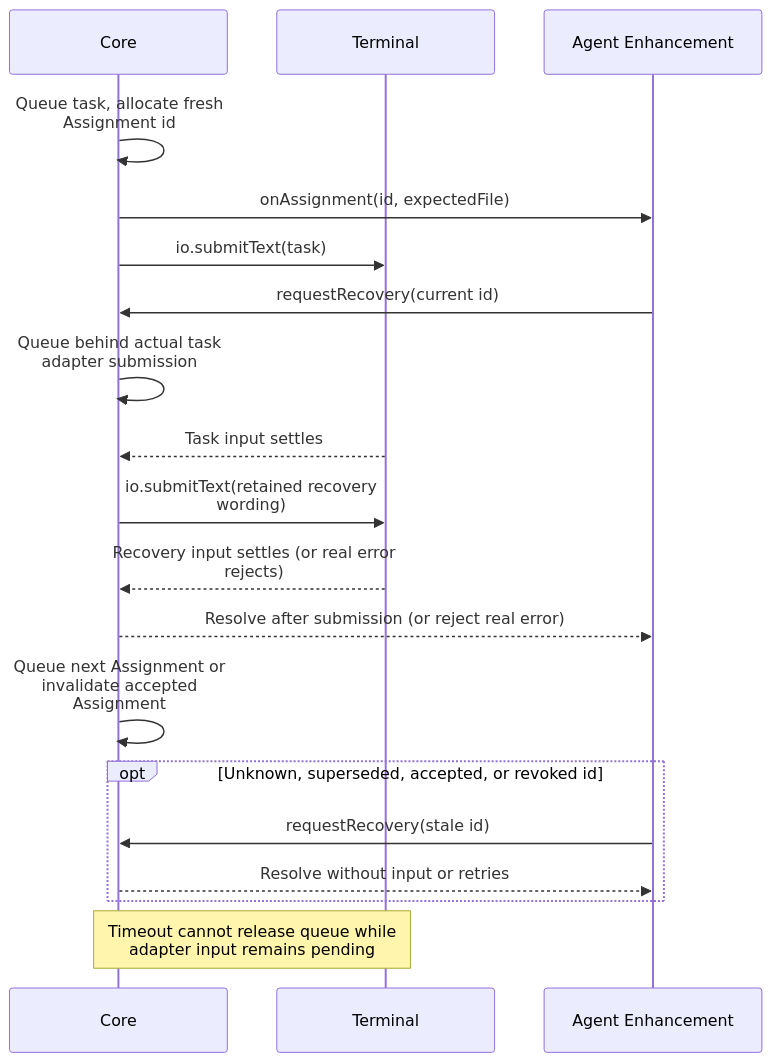
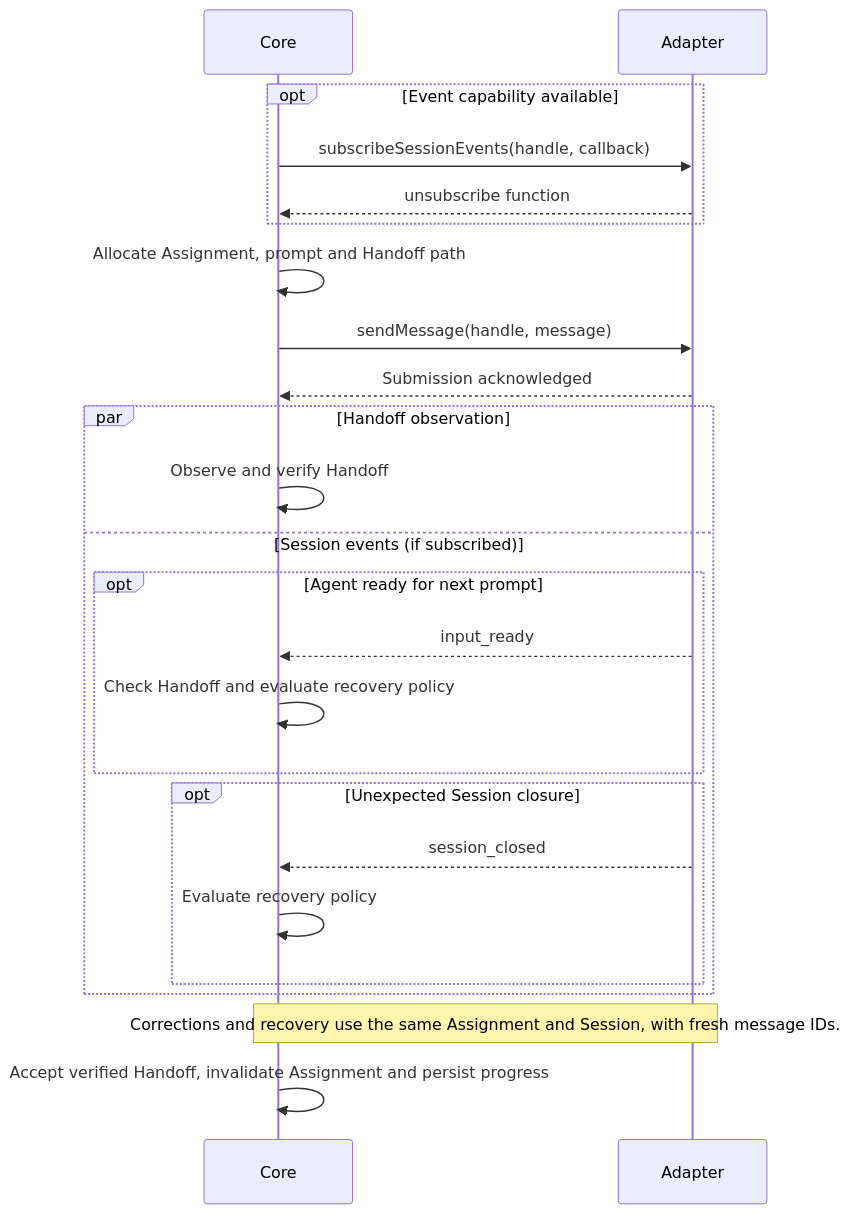
Before and after one commit to BuddyLabsCo/issue-runner-core: the fourth of 6 diagrams in docs/terminal-contract.md, drawn with Mermaid. The commit also changed other lines of this file and 1 other file, not shown here.

````diff
--- a/docs/terminal-contract.md
+++ b/docs/terminal-contract.md
@@ -270,22 +449,26 @@
 ```mermaid
-%%{init: {"sequence": {"width": 220, "wrap": true}}}%%
 sequenceDiagram
     participant Core
-    participant Terminal
-    participant Enhancement as Agent Enhancement
-    Core->>Core: Queue task, allocate fresh Assignment id
-    Core->>Enhancement: onAssignment(id, expectedFile)
-    Core->>Terminal: io.submitText(task)
-    Enhancement->>Core: requestRecovery(current id)
-    Core->>Core: Queue behind actual task adapter submission
-    Terminal-->>Core: Task input settles
-    Core->>Terminal: io.submitText(retained recovery wording)
-    Terminal-->>Core: Recovery input settles (or real error rejects)
-    Core-->>Enhancement: Resolve after submission (or reject real error)
-    Core->>Core: Queue next Assignment or invalidate accepted Assignment
-    opt Unknown, superseded, accepted, or revoked id
-        Enhancement->>Core: requestRecovery(stale id)
-        Core-->>Enhancement: Resolve without input or retries
+    participant Adapter
+    opt Event capability available
+        Core->>Adapter: subscribeSessionEvents(handle, callback)
+        Adapter-->>Core: unsubscribe function
     end
-    Note over Core,Terminal: Timeout cannot release queue while adapter input remains pending
+    Core->>Core: Allocate Assignment, prompt and Handoff path
+    Core->>Adapter: sendMessage(handle, message)
+    Adapter-->>Core: Submission acknowledged
+    par Handoff observation
+        Core->>Core: Observe and verify Handoff
+    and Session events (if subscribed)
+        opt Agent ready for next prompt
+            Adapter-->>Core: input_ready
+            Core->>Core: Check Handoff and evaluate recovery policy
+        end
+        opt Unexpected Session closure
+            Adapter-->>Core: session_closed
+            Core->>Core: Evaluate recovery policy
+        end
+    end
+    Note over Core,Adapter: Corrections and recovery use the same Assignment and Session, with fresh message IDs.
+    Core->>Core: Accept verified Handoff, invalidate Assignment and persist progress
 ```
````
